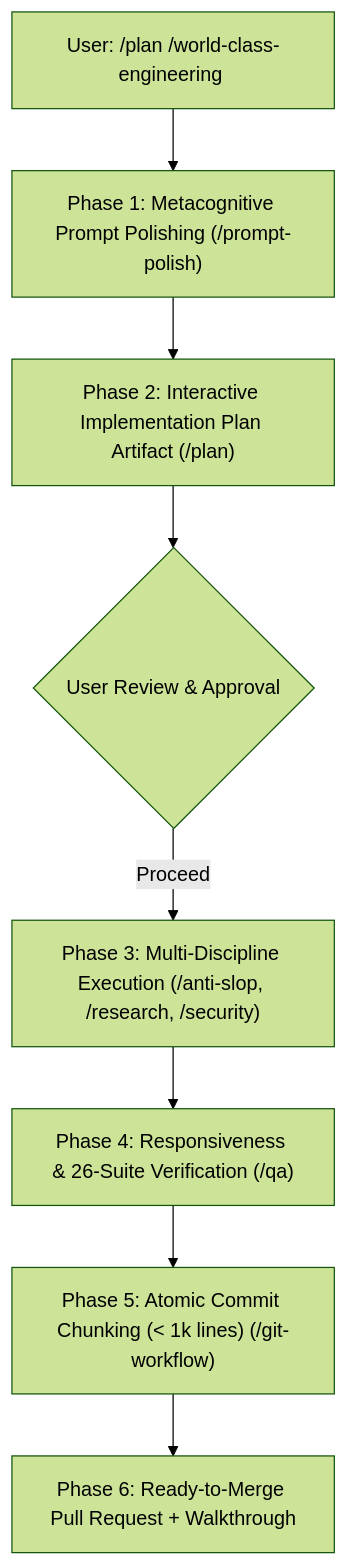
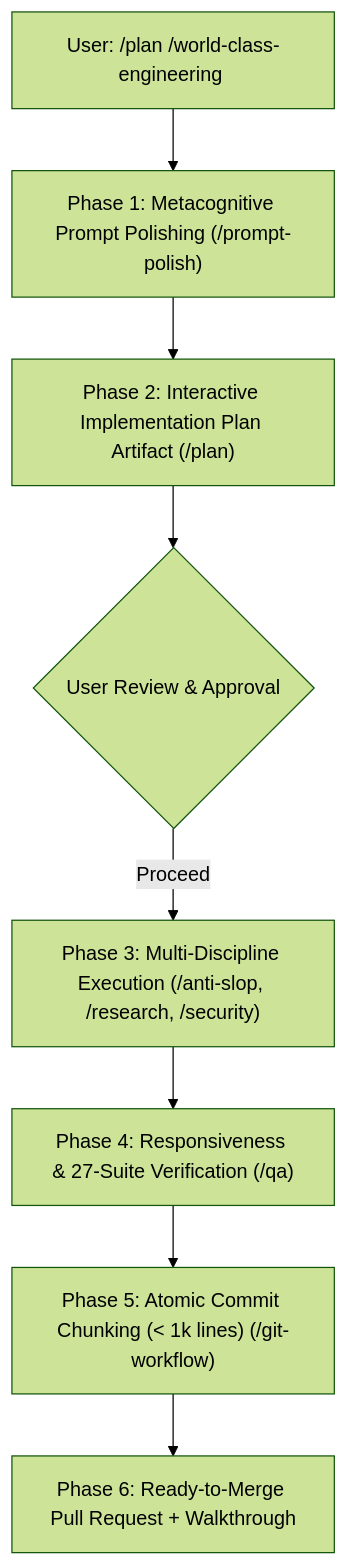
The first of 2 diagrams in README.md (darknecrocities/SkillBuilder), drawn with Mermaid (forest theme) before and after one commit. The commit also changed other lines of this file, not shown here.

````diff
--- a/README.md
+++ b/README.md
@@ -49,10 +49,10 @@
 ```mermaid
 flowchart TD
     INPUT["User: /plan /world-class-engineering <Task>"] --> PPE["Phase 1: Metacognitive Prompt Polishing (/prompt-polish)"]
     PPE --> PLAN["Phase 2: Interactive Implementation Plan Artifact (/plan)"]
     PLAN --> APPROVE{"User Review & Approval"}
     APPROVE -- "Proceed" --> EXEC["Phase 3: Multi-Discipline Execution (/anti-slop, /research, /security)"]
-    EXEC --> QA["Phase 4: Responsiveness & 26-Suite Verification (/qa)"]
+    EXEC --> QA["Phase 4: Responsiveness & 27-Suite Verification (/qa)"]
     QA --> CHUNK["Phase 5: Atomic Commit Chunking (< 1k lines) (/git-workflow)"]
     CHUNK --> PR["Phase 6: Ready-to-Merge Pull Request + Walkthrough"]
 ```
````
